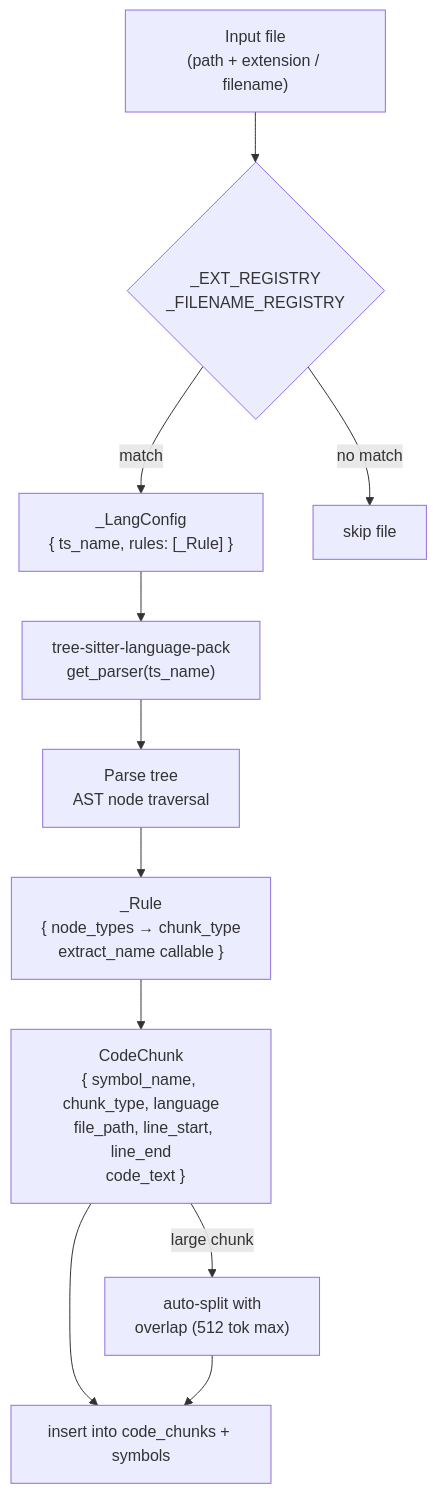
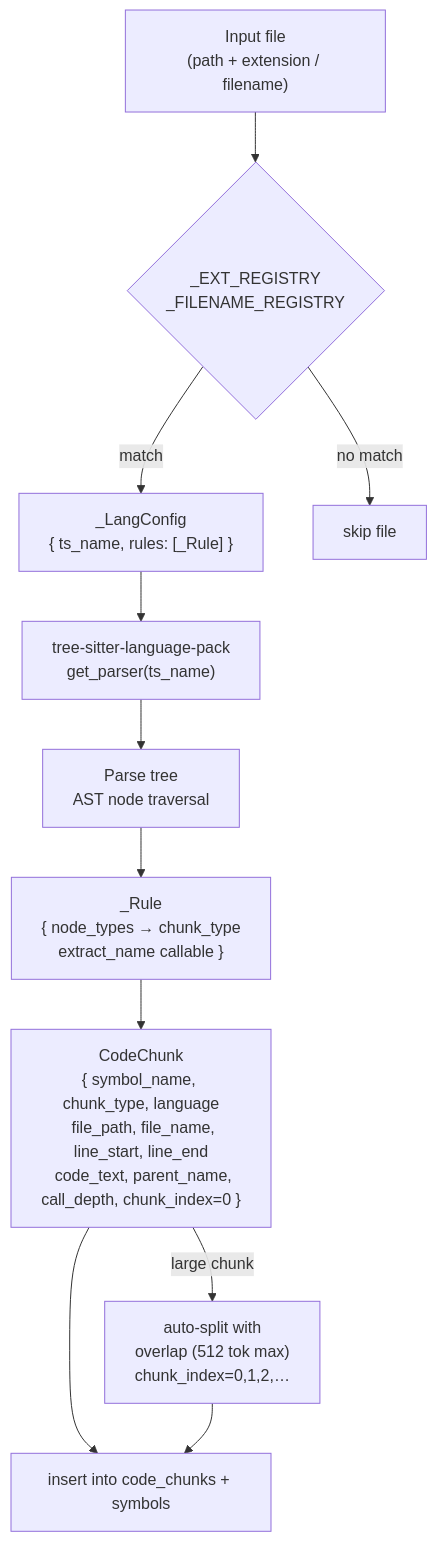
Before and after one commit to inegmdev/qrag: the eighth of 10 diagrams in docs/ARCHITECTURE.md, drawn with Mermaid. The commit also changed other lines of this file and 4 other files, not shown here.

First line of the commit message:
feat(IS4,IS5): rich code and doc metadata in DB schema and search results

````diff
--- a/docs/ARCHITECTURE.md
+++ b/docs/ARCHITECTURE.md
@@ -214,13 +214,13 @@
 ```mermaid
 flowchart TD
     FILE["Input file\n(path + extension / filename)"]
     FILE --> REG{"_EXT_REGISTRY\n_FILENAME_REGISTRY"}
     REG -->|"match"| LANG["_LangConfig\n{ ts_name, rules: [_Rule] }"]
     REG -->|"no match"| SKIP["skip file"]
     LANG --> PARSER["tree-sitter-language-pack\nget_parser(ts_name)"]
     PARSER --> AST["Parse tree\nAST node traversal"]
     AST --> RULE["_Rule\n{ node_types → chunk_type\n  extract_name callable }"]
-    RULE --> CHUNK["CodeChunk\n{ symbol_name, chunk_type, language\n  file_path, line_start, line_end\n  code_text }"]
-    CHUNK -->|"large chunk"| SPLIT["auto-split with\noverlap (512 tok max)"]
+    RULE --> CHUNK["CodeChunk\n{ symbol_name, chunk_type, language\n  file_path, file_name, line_start, line_end\n  code_text, parent_name, call_depth, chunk_index=0 }"]
+    CHUNK -->|"large chunk"| SPLIT["auto-split with\noverlap (512 tok max)\nchunk_index=0,1,2,…"]
     CHUNK & SPLIT --> OUT["insert into code_chunks + symbols"]
 ```
````
